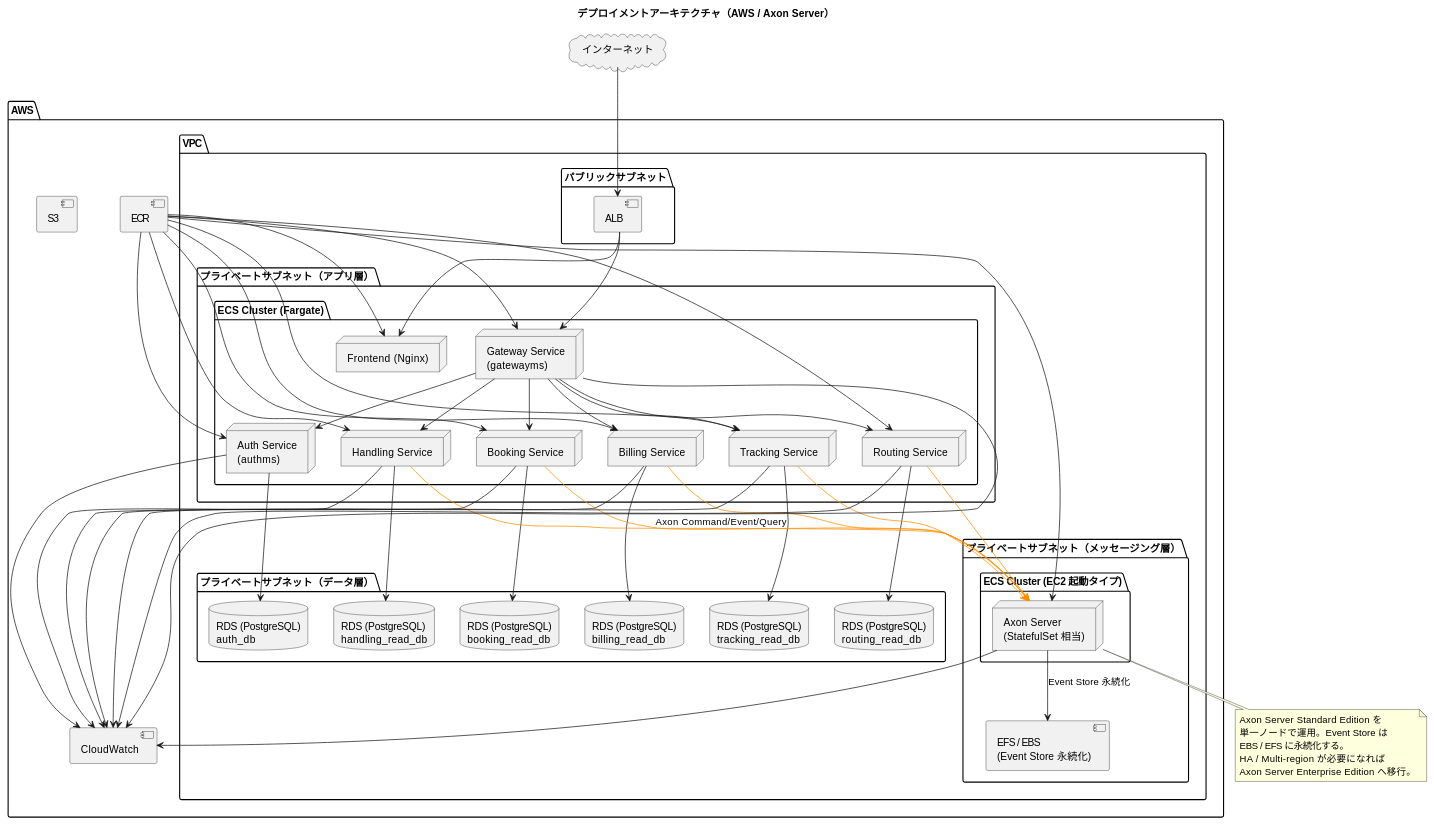
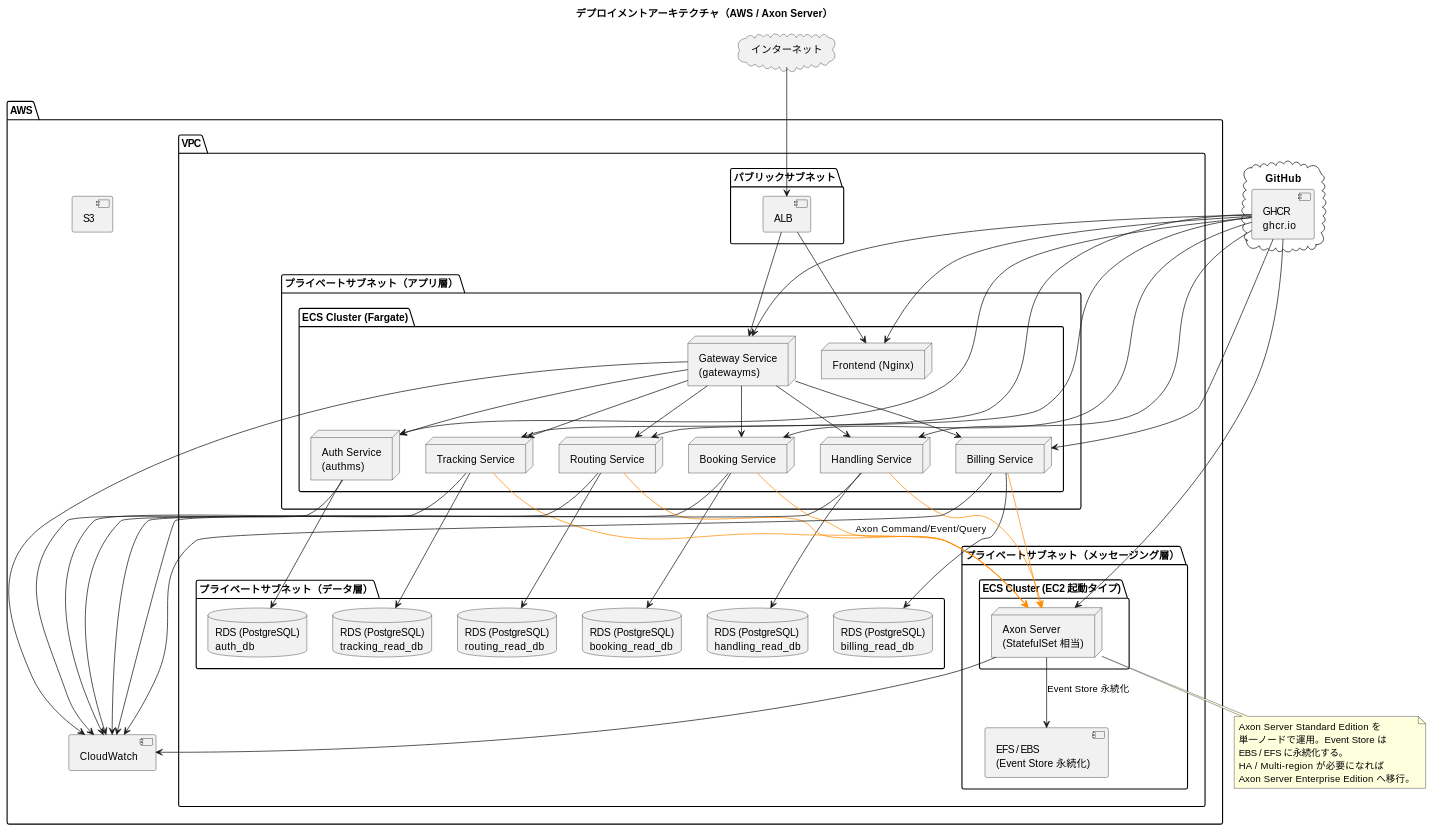
Before and after one commit to k2works/case-study-cargo-tracker: the first of 4 diagrams in docs/design/architecture_infrastructure.md, drawn with PlantUML. The commit also changed other lines of this file and 3 other files, not shown here.

First line of the commit message:
docs(design): Axon Server 2026.0.0 / GHCR / springdoc を反映

```diff
--- a/docs/design/architecture_infrastructure.md
+++ b/docs/design/architecture_infrastructure.md
@@ -61,9 +61,12 @@
     }
   }
 
-  [ECR] as ecr
   [CloudWatch] as cw
   [S3] as s3
+}
+
+cloud "GitHub" {
+  [GHCR\nghcr.io] as ghcr
 }
 
 internet --> alb
@@ -90,15 +93,15 @@
 bis -[#FF8C00]-> axon
 axon --> ebs : Event Store 永続化
 
-ecr --> gw
-ecr --> auths
-ecr --> bs
-ecr --> rs
-ecr --> ts
-ecr --> hs
-ecr --> bis
-ecr --> fe
-ecr --> axon
+ghcr --> gw
+ghcr --> auths
+ghcr --> bs
+ghcr --> rs
+ghcr --> ts
+ghcr --> hs
+ghcr --> bis
+ghcr --> fe
+ghcr --> axon
 
 gw --> cw
 auths --> cw
```
